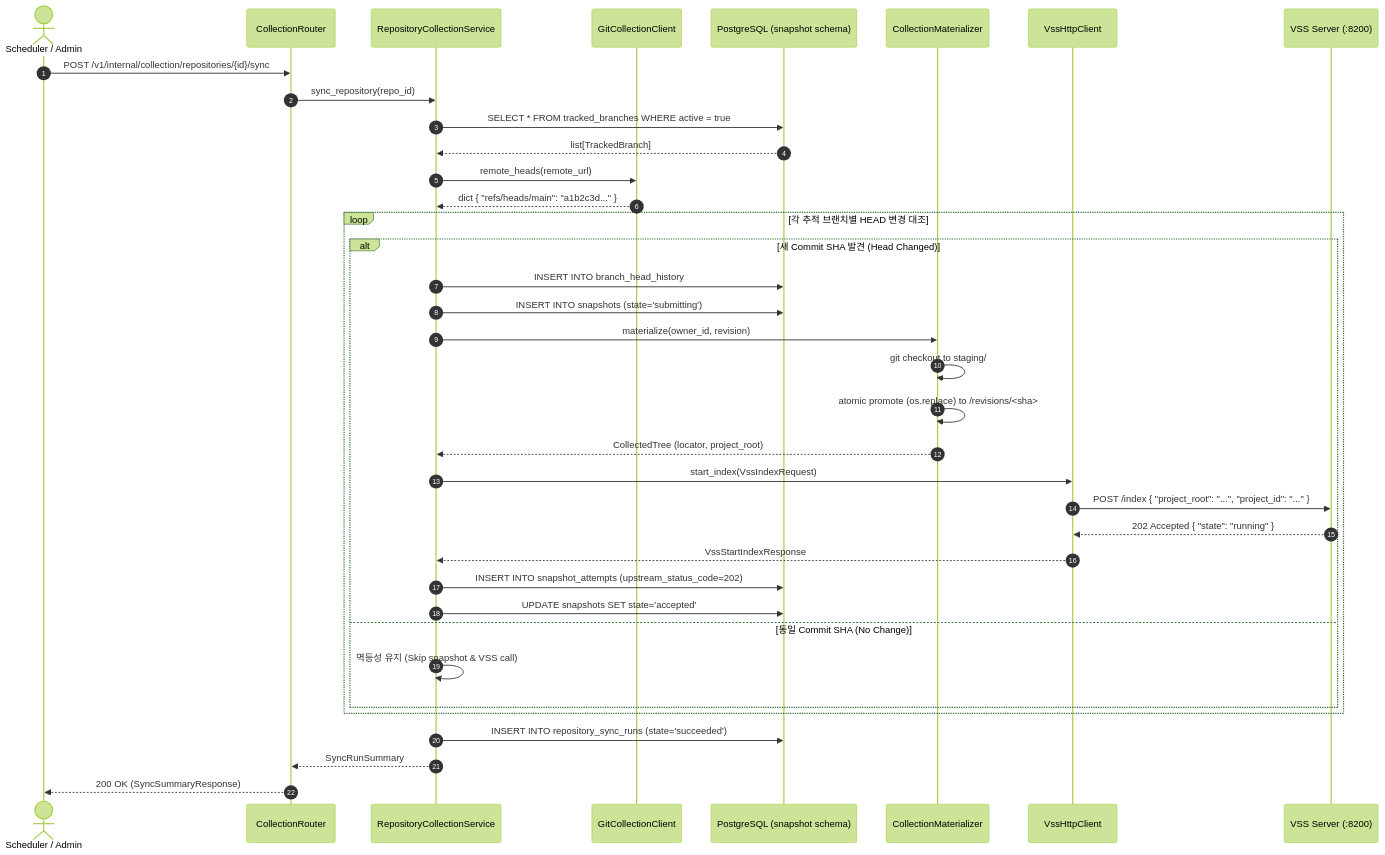
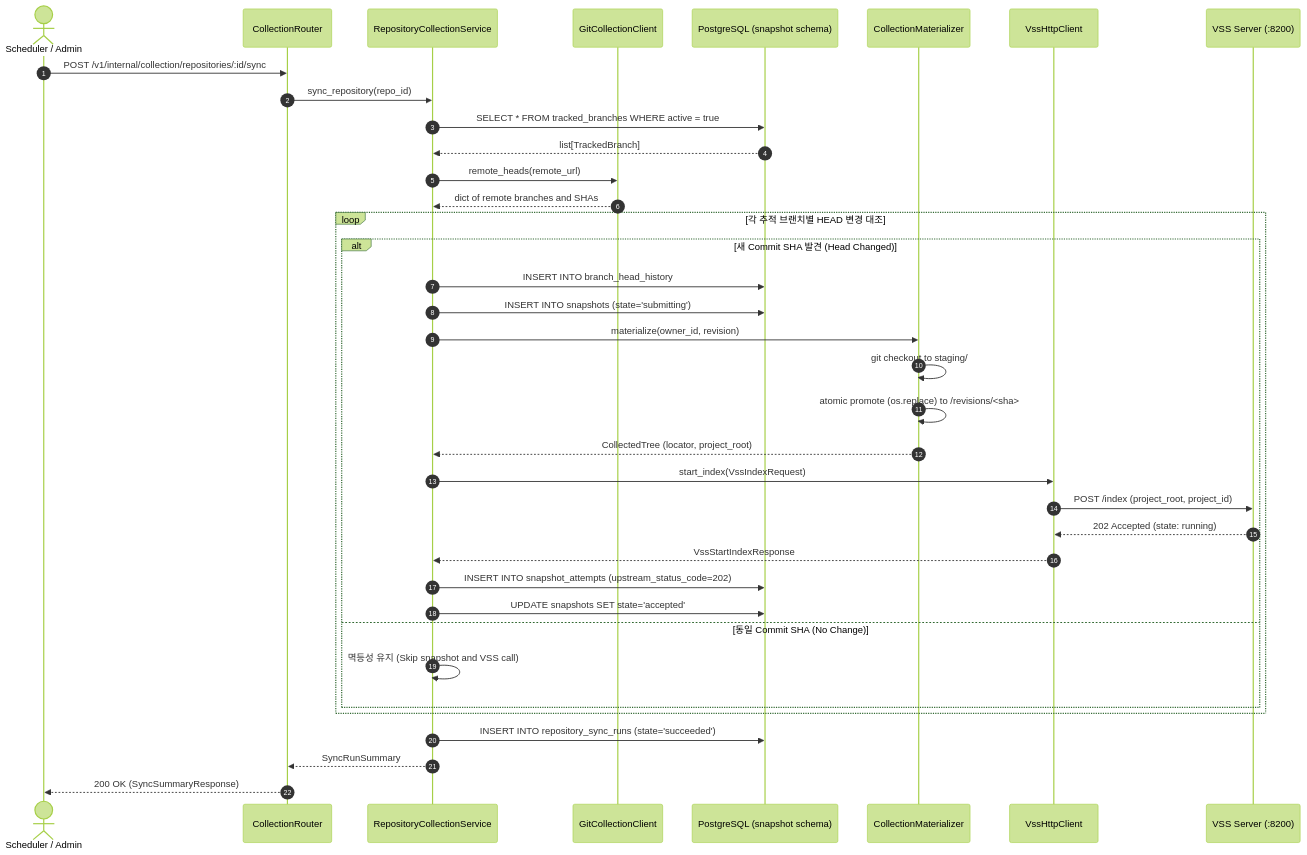
Before and after one commit to h5vision/vss_server: the third of 5 diagrams in module/README.md, drawn with Mermaid (forest theme). The commit also changed other lines of this file, not shown here.

Commit message:
docs(readme): README.md 2.2 컴포넌트 Mermaid 다이어그램 구문 오류 수정 및 최신화

````diff
--- a/module/README.md
+++ b/module/README.md
@@ -183,43 +204,43 @@
 ```mermaid
 sequenceDiagram
     autonumber
     actor Caller as Scheduler / Admin
     participant Router as CollectionRouter
     participant SyncSvc as RepositoryCollectionService
     participant GitClient as GitCollectionClient
     participant DB as PostgreSQL (snapshot schema)
     participant Materializer as CollectionMaterializer
     participant VssClient as VssHttpClient
     participant VSS as VSS Server (:8200)
 
-    Caller->>Router: POST /v1/internal/collection/repositories/{id}/sync
+    Caller->>Router: POST /v1/internal/collection/repositories/:id/sync
     Router->>SyncSvc: sync_repository(repo_id)
     SyncSvc->>DB: SELECT * FROM tracked_branches WHERE active = true
     DB-->>SyncSvc: list[TrackedBranch]
 
     SyncSvc->>GitClient: remote_heads(remote_url)
-    GitClient-->>SyncSvc: dict { "refs/heads/main": "a1b2c3d..." }
+    GitClient-->>SyncSvc: dict of remote branches and SHAs
 
     loop 각 추적 브랜치별 HEAD 변경 대조
         alt 새 Commit SHA 발견 (Head Changed)
             SyncSvc->>DB: INSERT INTO branch_head_history
             SyncSvc->>DB: INSERT INTO snapshots (state='submitting')
             SyncSvc->>Materializer: materialize(owner_id, revision)
             Materializer->>Materializer: git checkout to staging/
             Materializer->>Materializer: atomic promote (os.replace) to /revisions/<sha>
             Materializer-->>SyncSvc: CollectedTree (locator, project_root)
             SyncSvc->>VssClient: start_index(VssIndexRequest)
-            VssClient->>VSS: POST /index { "project_root": "...", "project_id": "..." }
-            VSS-->>VssClient: 202 Accepted { "state": "running" }
+            VssClient->>VSS: POST /index (project_root, project_id)
+            VSS-->>VssClient: 202 Accepted (state: running)
             VssClient-->>SyncSvc: VssStartIndexResponse
             SyncSvc->>DB: INSERT INTO snapshot_attempts (upstream_status_code=202)
             SyncSvc->>DB: UPDATE snapshots SET state='accepted'
         else 동일 Commit SHA (No Change)
-            SyncSvc->>SyncSvc: 멱등성 유지 (Skip snapshot & VSS call)
+            SyncSvc->>SyncSvc: 멱등성 유지 (Skip snapshot and VSS call)
         end
     end
 
     SyncSvc->>DB: INSERT INTO repository_sync_runs (state='succeeded')
     SyncSvc-->>Router: SyncRunSummary
     Router-->>Caller: 200 OK (SyncSummaryResponse)
 ```
````
